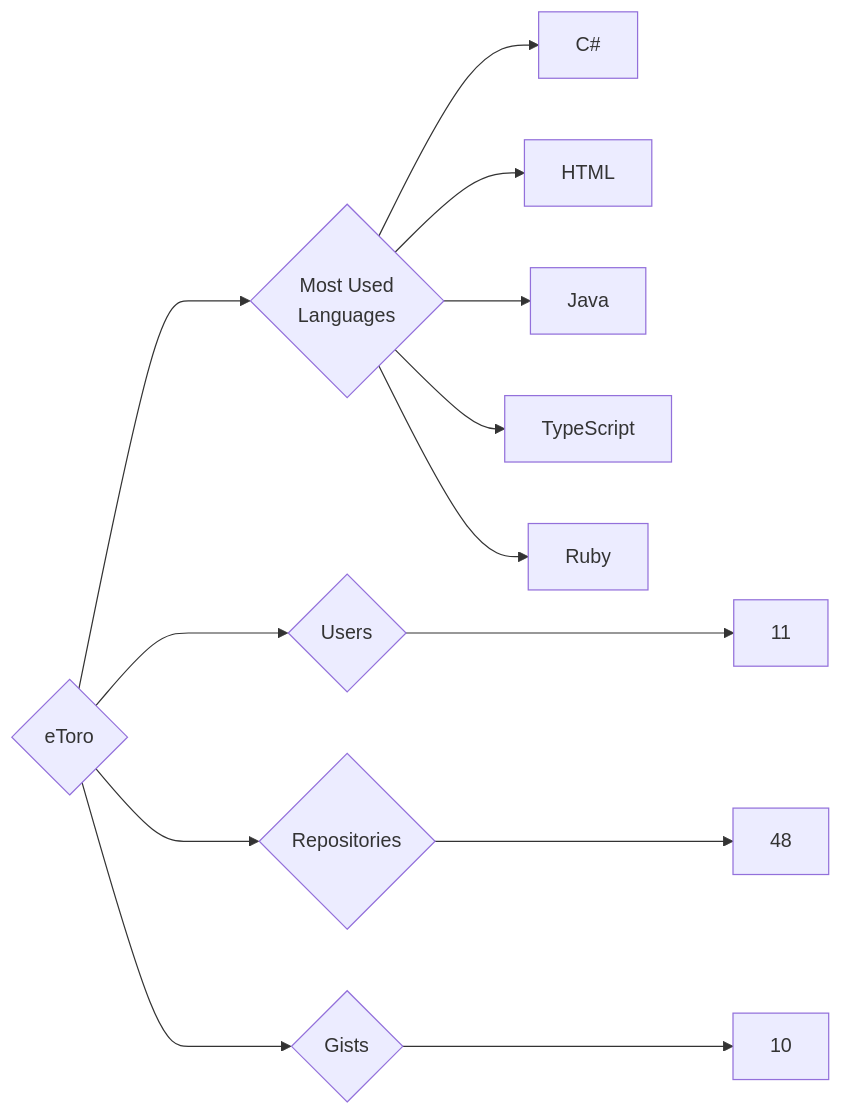
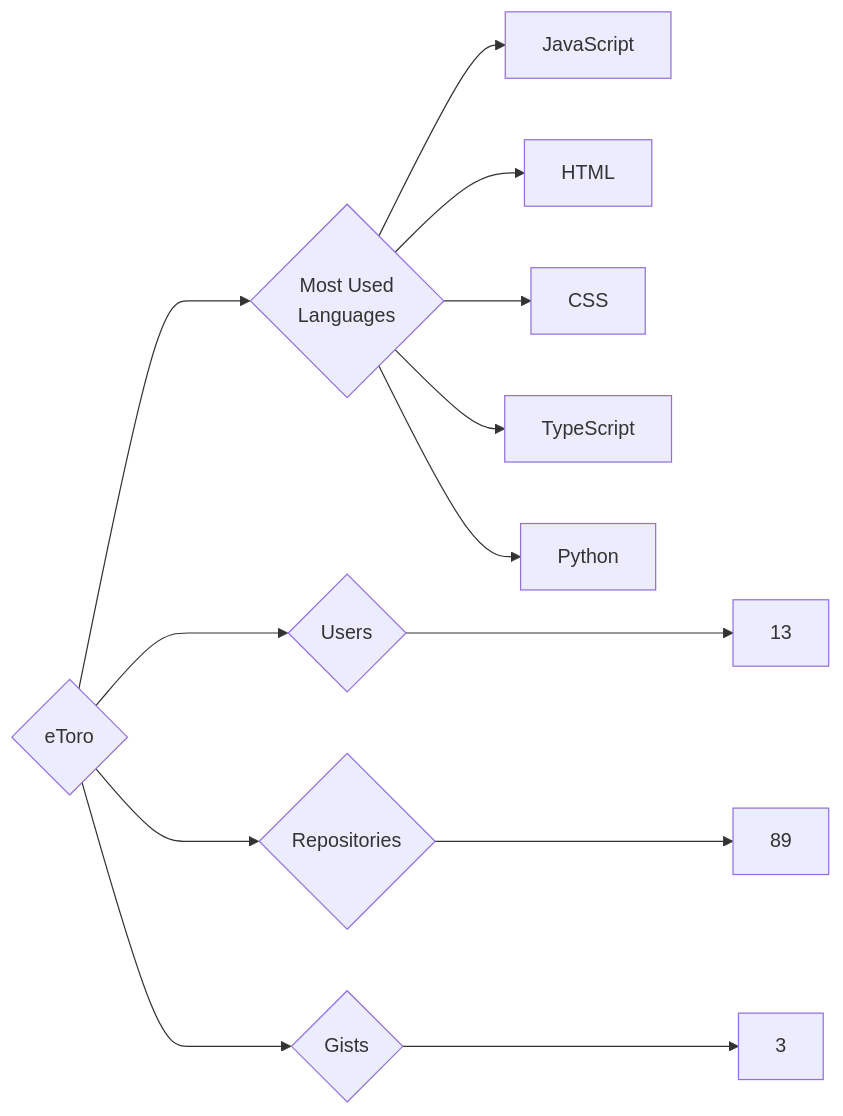
One commit to trickest/insiders changed the diagram in targets/eToro/README.md. Above: the diagram before and after it, drawn with Mermaid. The commit also changed 772 other files, not shown here.

````diff
--- a/targets/eToro/README.md
+++ b/targets/eToro/README.md
@@ -3,13 +3,13 @@
 ```mermaid
 graph LR
 COMPANY_NAME{eToro}
-COMPANY_NAME ---> U{Users} ---> UN[11]
-COMPANY_NAME ---> R{Repositories} ---> RN[48]
-COMPANY_NAME ---> G{Gists} ---> GN[10]
+COMPANY_NAME ---> U{Users} ---> UN[13]
+COMPANY_NAME ---> R{Repositories} ---> RN[89]
+COMPANY_NAME ---> G{Gists} ---> GN[3]
 COMPANY_NAME ---> ML{Most Used<br>Languages}
-ML --> C#[C#]
+ML --> JavaScript[JavaScript]
 ML --> HTML[HTML]
-ML --> Java[Java]
+ML --> CSS[CSS]
 ML --> TypeScript[TypeScript]
-ML --> Ruby[Ruby]
+ML --> Python[Python]
 ```
````
